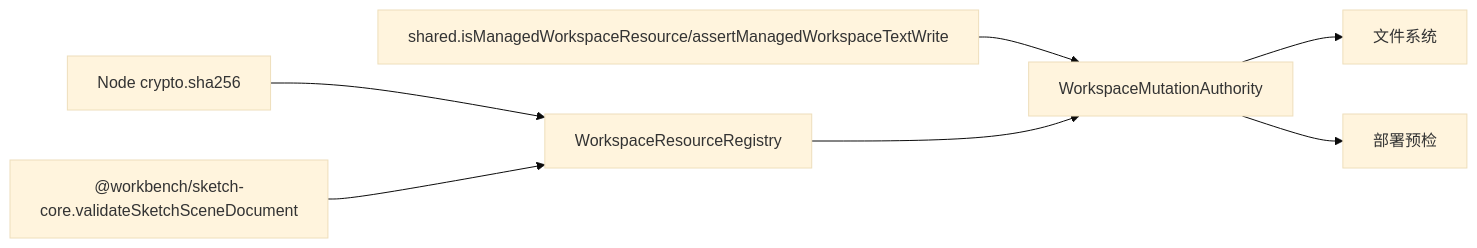
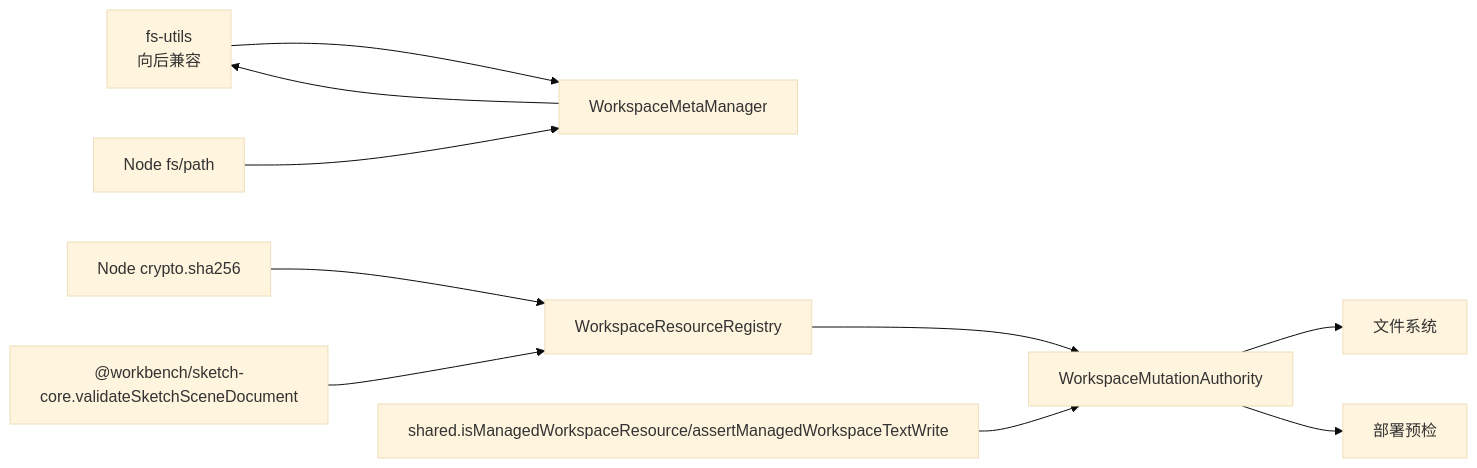
The sixth of 6 diagrams in .qoder/repowiki/zh/content/项目概述/核心功能/项目管理系统/工作空间管理/工作区资源管理.md (qihaogithub/workbench), drawn with Mermaid (base theme) before and after one commit. The commit also changed other lines of this file and 476 other files, not shown here.

````diff
--- a/.qoder/repowiki/zh/content/项目概述/核心功能/项目管理系统/工作空间管理/工作区资源管理.md
+++ b/.qoder/repowiki/zh/content/项目概述/核心功能/项目管理系统/工作空间管理/工作区资源管理.md
@@ -300,9 +381,12 @@
 ```mermaid
 graph LR
 Crypto["Node crypto.sha256"] --> Registry["WorkspaceResourceRegistry"]
 Sketch["@workbench/sketch-core.validateSketchSceneDocument"] --> Registry
+FsUtils["fs-utils<br/>向后兼容"] --> WorkspaceMeta["WorkspaceMetaManager"]
+Fs["Node fs/path"] --> WorkspaceMeta
 Contracts["shared.isManagedWorkspaceResource/assertManagedWorkspaceTextWrite"] --> Authority["WorkspaceMutationAuthority"]
 Registry --> Authority
+WorkspaceMeta --> FsUtils
 Authority --> FS["文件系统"]
 Authority --> Preflight["部署预检"]
 ```
````
